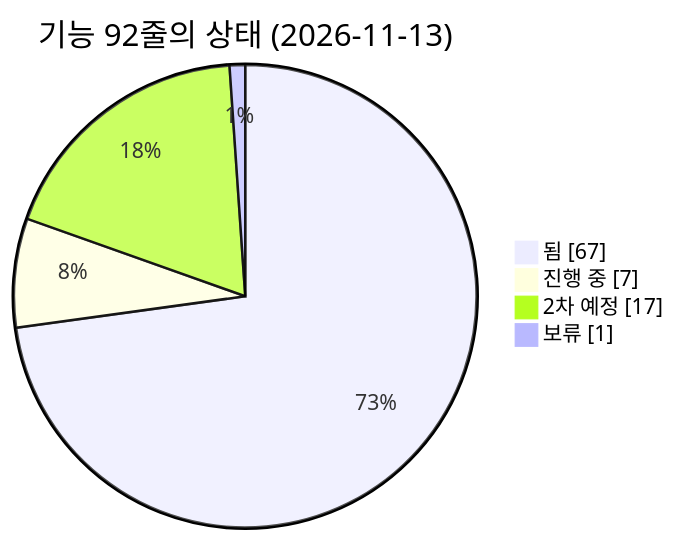
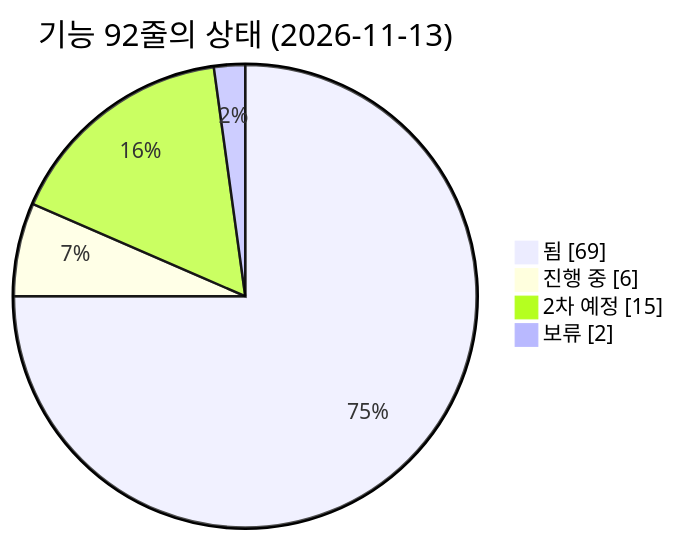
One commit to agent-ddalgi-team/final-geosan changed the first of 4 diagrams in docs/map/feature-map.md. Above: the diagram before and after it, drawn with Mermaid. The commit also changed other lines of this file and 5 other files, not shown here.

````diff
--- a/docs/map/feature-map.md
+++ b/docs/map/feature-map.md
@@ -32,8 +32,8 @@
 ```mermaid
 pie showData
     title 기능 92줄의 상태 (2026-11-13)
-    "됨" : 67
-    "진행 중" : 7
-    "2차 예정" : 17
-    "보류" : 1
+    "됨" : 69
+    "진행 중" : 6
+    "2차 예정" : 15
+    "보류" : 2
 ```
````
